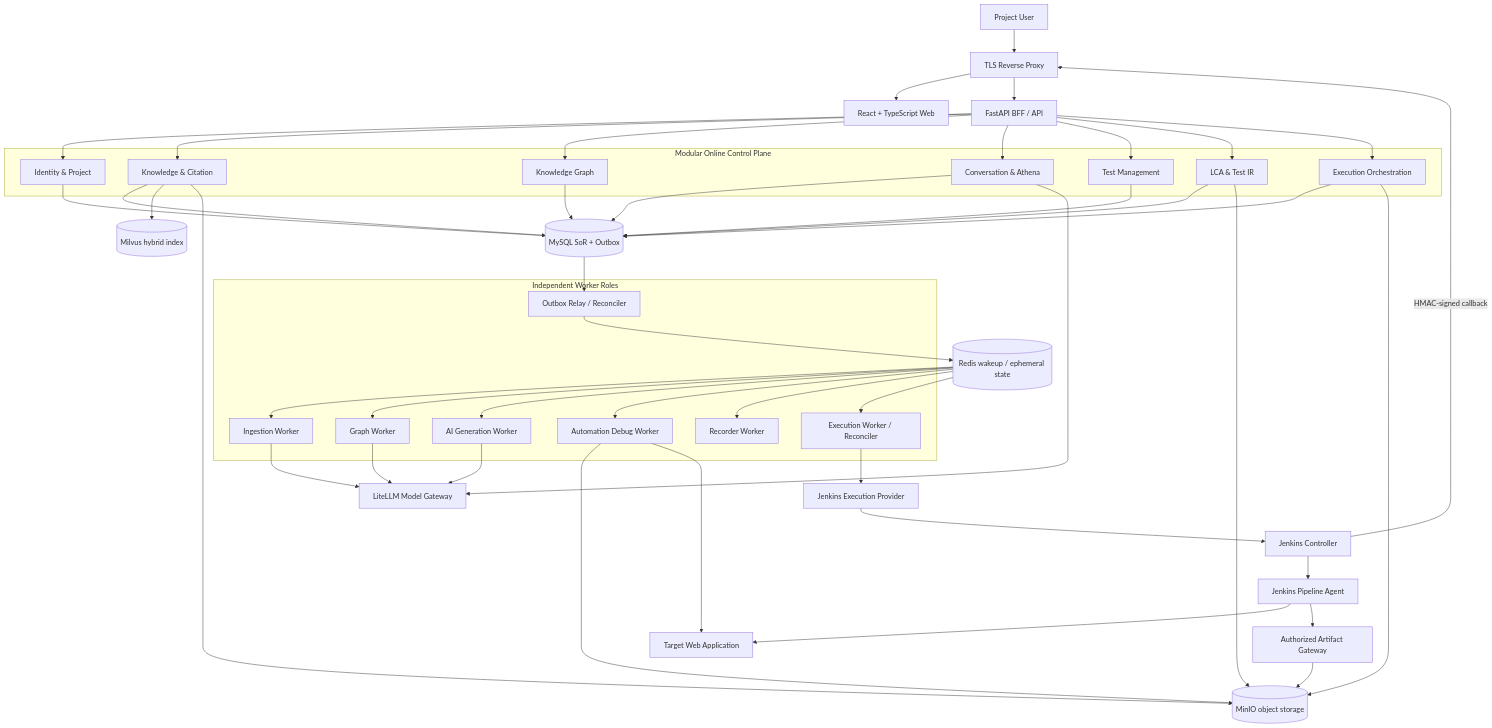
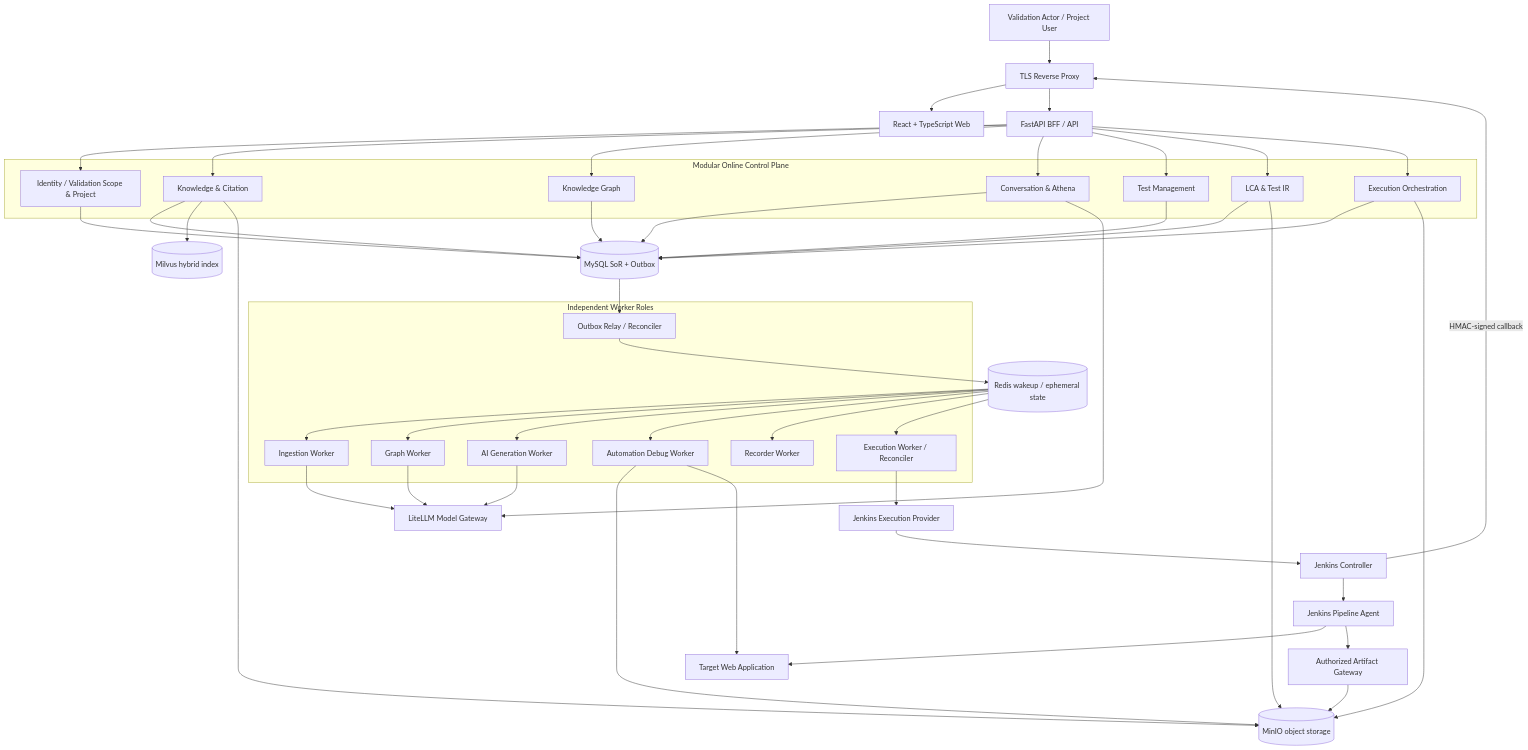
The first of 6 diagrams in docs/proposals/2026-09-04-rfc-009-athena-knowledge-web-automation-platform.md (patrickstarpty/tap), drawn with Mermaid before and after one commit. The commit also changed other lines of this file and 1 other file, not shown here.

Commit message:
docs: defer identity until solution validation

````diff
--- a/docs/proposals/2026-09-04-rfc-009-athena-knowledge-web-automation-platform.md
+++ b/docs/proposals/2026-09-04-rfc-009-athena-knowledge-web-automation-platform.md
@@ -162,68 +180,68 @@
 ```mermaid
 flowchart TB
-    User[Project User] --> Proxy[TLS Reverse Proxy]
+    User[Validation Actor / Project User] --> Proxy[TLS Reverse Proxy]
     Proxy --> Web[React + TypeScript Web]
     Proxy --> API[FastAPI BFF / API]
 
     subgraph Control[Modular Online Control Plane]
-      Identity[Identity & Project]
+      Identity[Identity / Validation Scope & Project]
       Knowledge[Knowledge & Citation]
       Graph[Knowledge Graph]
       Conversation[Conversation & Athena]
       TestMgmt[Test Management]
       Automation[LCA & Test IR]
       Execution[Execution Orchestration]
     end
 
     API --> Identity
     API --> Knowledge
     API --> Graph
     API --> Conversation
     API --> TestMgmt
     API --> Automation
     API --> Execution
 
     subgraph Async[Independent Worker Roles]
       Ingestion[Ingestion Worker]
       GraphWorker[Graph Worker]
       Generation[AI Generation Worker]
       DebugRunner[Automation Debug Worker]
       Recorder[Recorder Worker]
       Relay[Outbox Relay / Reconciler]
       ExecWorker[Execution Worker / Reconciler]
     end
 
     Identity --> MySQL[(MySQL SoR + Outbox)]
     Knowledge --> MySQL
     Graph --> MySQL
     Conversation --> MySQL
     TestMgmt --> MySQL
     Automation --> MySQL
     Execution --> MySQL
     MySQL --> Relay
     Relay --> Redis[(Redis wakeup / ephemeral state)]
     Redis --> Ingestion
     Redis --> GraphWorker
     Redis --> Generation
     Redis --> DebugRunner
     Redis --> Recorder
     Redis --> ExecWorker
 
     Knowledge --> Milvus[(Milvus hybrid index)]
     Knowledge --> Object[(MinIO object storage)]
     Automation --> Object
     Execution --> Object
     ArtifactGateway[Authorized Artifact Gateway] --> Object
     Conversation --> Model[LiteLLM Model Gateway]
     Generation --> Model
     Ingestion --> Model
     GraphWorker --> Model
     DebugRunner --> Object
     DebugRunner --> Target
     ExecWorker --> JenkinsAdapter[Jenkins Execution Provider]
     JenkinsAdapter --> Jenkins[Jenkins Controller]
     Jenkins --> Agent[Jenkins Pipeline Agent]
     Agent --> Target[Target Web Application]
     Agent --> ArtifactGateway
     Jenkins -->|HMAC-signed callback| Proxy
 ```
````
